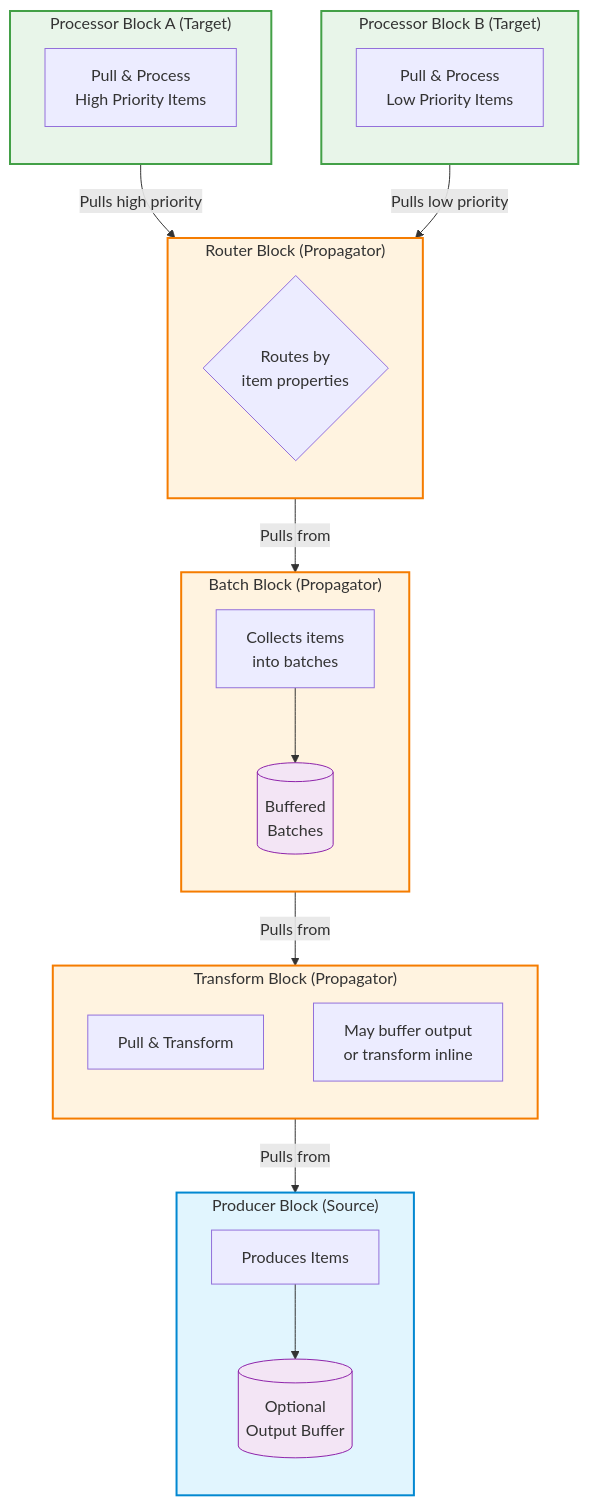
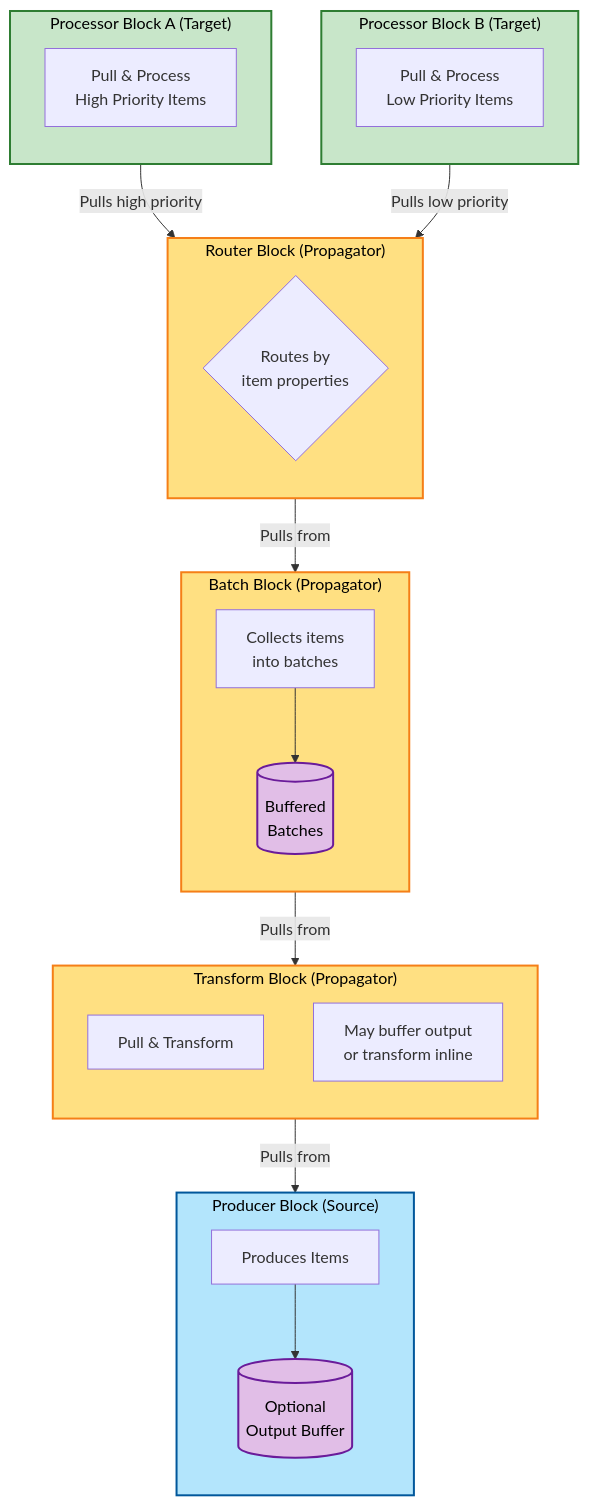
One commit to dazinator/DataFlow changed the diagram in README.md. Above: the diagram before and after it, drawn with Mermaid.

Commit message:
Improve diagram colors for better readability and contrast

````diff
--- a/README.md
+++ b/README.md
@@ -18,55 +18,55 @@
 ```mermaid
 flowchart TB
     subgraph Producer["Producer Block (Source)"]
         direction TB
         P_Produce["Produces Items"]
         P_Buffer[("Optional<br/>Output Buffer")]
         P_Produce --> P_Buffer
     end
 
     subgraph Transform["Transform Block (Propagator)"]
         direction TB
         T_Pull["Pull & Transform"]
         T_Note["May buffer output<br/>or transform inline"]
     end
 
     subgraph Batch["Batch Block (Propagator)"]
         direction TB
         B_Collect["Collects items<br/>into batches"]
         B_Buffer[("Buffered<br/>Batches")]
         B_Collect --> B_Buffer
     end
 
     subgraph Router["Router Block (Propagator)"]
         direction TB
         R_Route{"Routes by<br/>item properties"}
     end
 
     subgraph ProcessorA["Processor Block A (Target)"]
         direction TB
         PA_Pull["Pull & Process<br/>High Priority Items"]
     end
 
     subgraph ProcessorB["Processor Block B (Target)"]
         direction TB
         PB_Pull["Pull & Process<br/>Low Priority Items"]
     end
 
     %% Data flow connections (pull-based)
     Transform -->|Pulls from| Producer
     Batch -->|Pulls from| Transform
     Router -->|Pulls from| Batch
     ProcessorA -->|Pulls high priority| Router
     ProcessorB -->|Pulls low priority| Router
 
     %% Styling
-    classDef source fill:#e1f5fe,stroke:#0288d1,stroke-width:2px
-    classDef propagator fill:#fff3e0,stroke:#f57c00,stroke-width:2px
-    classDef target fill:#e8f5e9,stroke:#43a047,stroke-width:2px
-    classDef buffer fill:#f3e5f5,stroke:#8e24aa,stroke-width:1px
+    classDef source fill:#b3e5fc,stroke:#01579b,stroke-width:2px,color:#000
+    classDef propagator fill:#ffe082,stroke:#f57f17,stroke-width:2px,color:#000
+    classDef target fill:#c8e6c9,stroke:#2e7d32,stroke-width:2px,color:#000
+    classDef buffer fill:#e1bee7,stroke:#6a1b9a,stroke-width:2px,color:#000
     
     class Producer source
     class Transform,Batch,Router propagator
     class ProcessorA,ProcessorB target
     class P_Buffer,B_Buffer buffer
 ```
````
